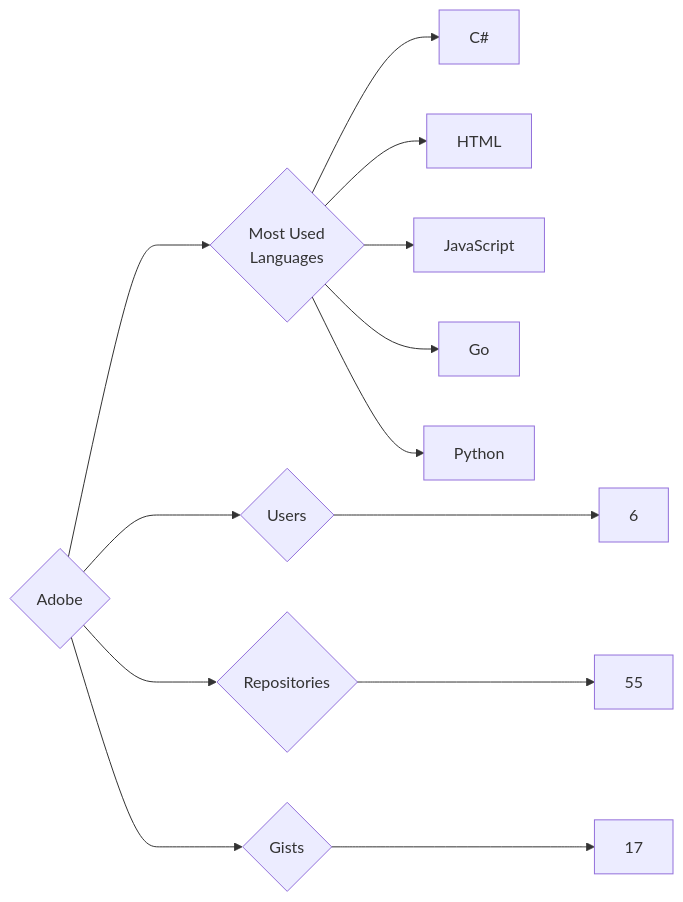
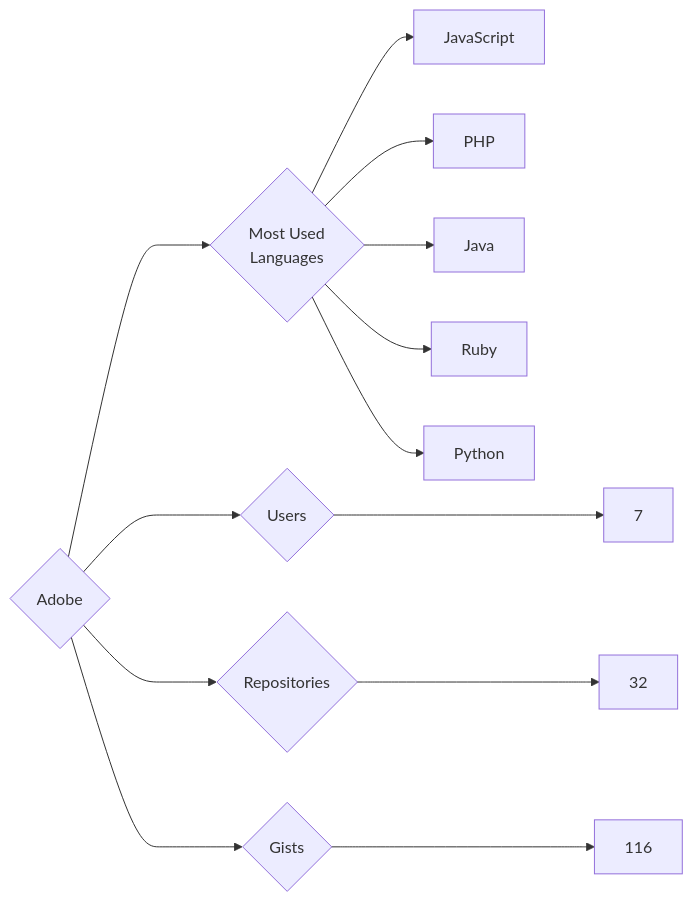
The diagram in targets/Adobe/README.md (trickest/insiders), drawn with Mermaid before and after one commit. The commit also changed 1141 other files, not shown here.

````diff
--- a/targets/Adobe/README.md
+++ b/targets/Adobe/README.md
@@ -3,13 +3,13 @@
 ```mermaid
 graph LR
 COMPANY_NAME{Adobe}
-COMPANY_NAME ---> U{Users} ---> UN[6]
-COMPANY_NAME ---> R{Repositories} ---> RN[55]
-COMPANY_NAME ---> G{Gists} ---> GN[17]
+COMPANY_NAME ---> U{Users} ---> UN[7]
+COMPANY_NAME ---> R{Repositories} ---> RN[32]
+COMPANY_NAME ---> G{Gists} ---> GN[116]
 COMPANY_NAME ---> ML{Most Used<br>Languages}
-ML --> C#[C#]
-ML --> HTML[HTML]
 ML --> JavaScript[JavaScript]
-ML --> Go[Go]
+ML --> PHP[PHP]
+ML --> Java[Java]
+ML --> Ruby[Ruby]
 ML --> Python[Python]
 ```
````
